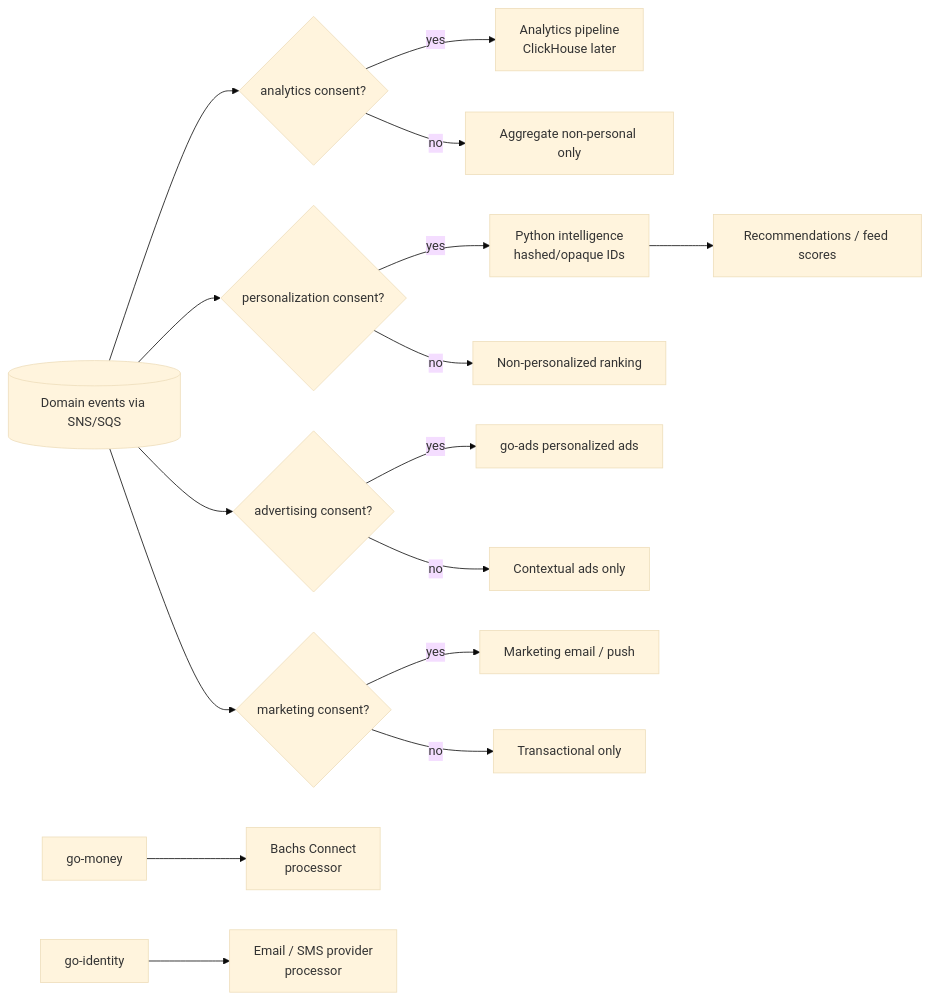
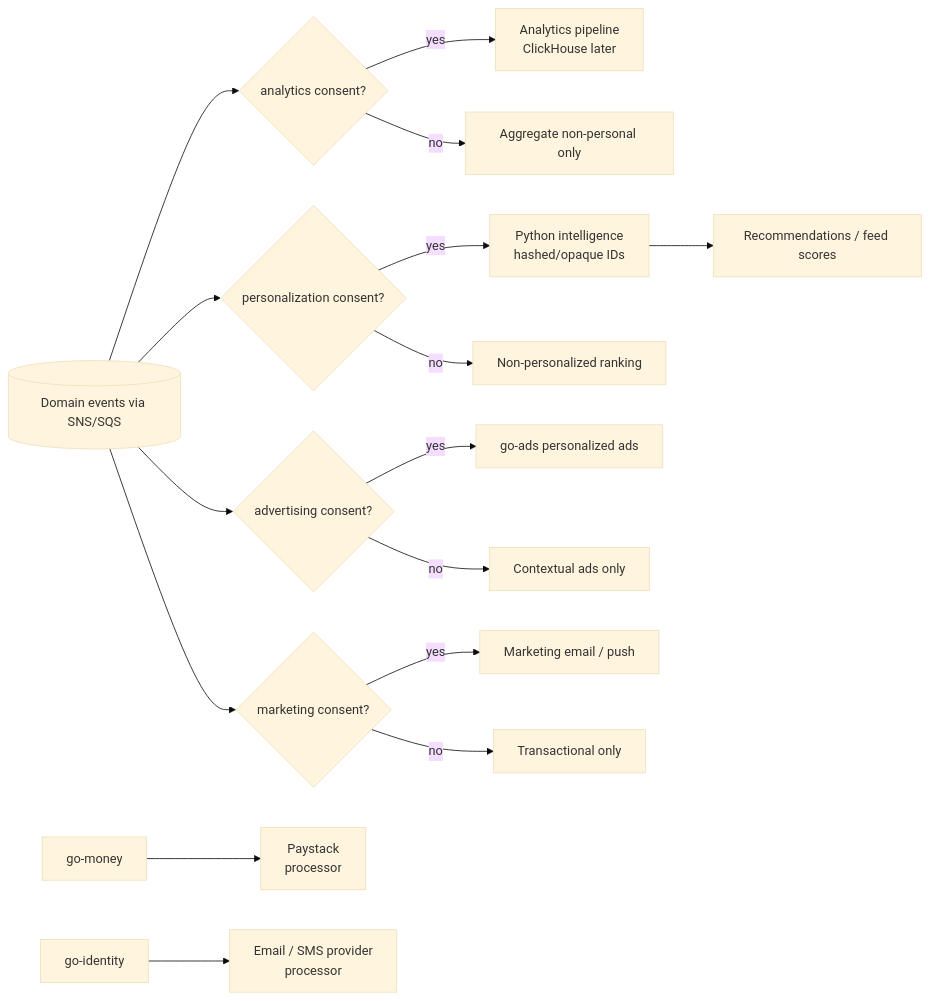
Before and after one commit to telente-technologies/nantty: the second of 3 diagrams in docs/architecture/privacy.md, drawn with Mermaid (base theme). The commit also changed other lines of this file and 2 other files, not shown here.

Commit message:
docs(architecture): hardening privacy and recovery guides [skip build]

````diff
--- a/docs/architecture/privacy.md
+++ b/docs/architecture/privacy.md
@@ -59,18 +59,18 @@
 ```mermaid
 flowchart LR
   EV[(Domain events via SNS/SQS)] --> C1{analytics consent?}
   C1 -- yes --> AN[Analytics pipeline\nClickHouse later]
   C1 -- no --> AGG[Aggregate non-personal only]
   EV --> C2{personalization consent?}
   C2 -- yes --> PY[Python intelligence\nhashed/opaque IDs]
   C2 -- no --> GEN[Non-personalized ranking]
   PY --> RK[Recommendations / feed scores]
   EV --> C3{advertising consent?}
   C3 -- yes --> ADS[go-ads personalized ads]
   C3 -- no --> CTX[Contextual ads only]
   EV --> C4{marketing consent?}
   C4 -- yes --> NF[Marketing email / push]
   C4 -- no --> TX[Transactional only]
-  PAY2[go-money] --> PSP[Bachs Connect\nprocessor]
+  PAY2[go-money] --> PSP[Paystack\nprocessor]
   ID2[go-identity] --> EML[Email / SMS provider\nprocessor]
 ```
````
